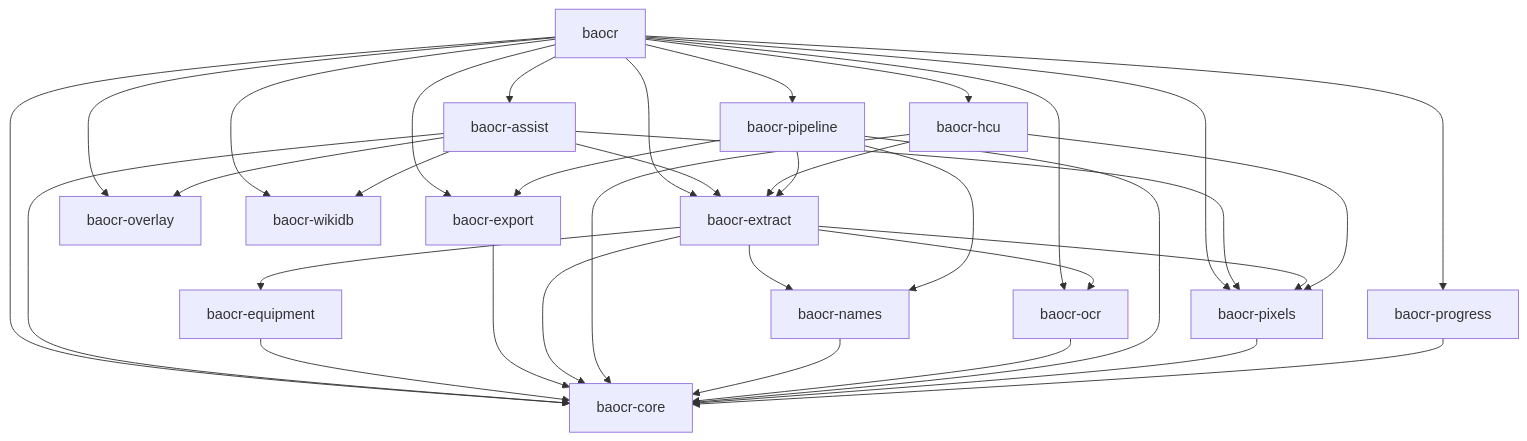
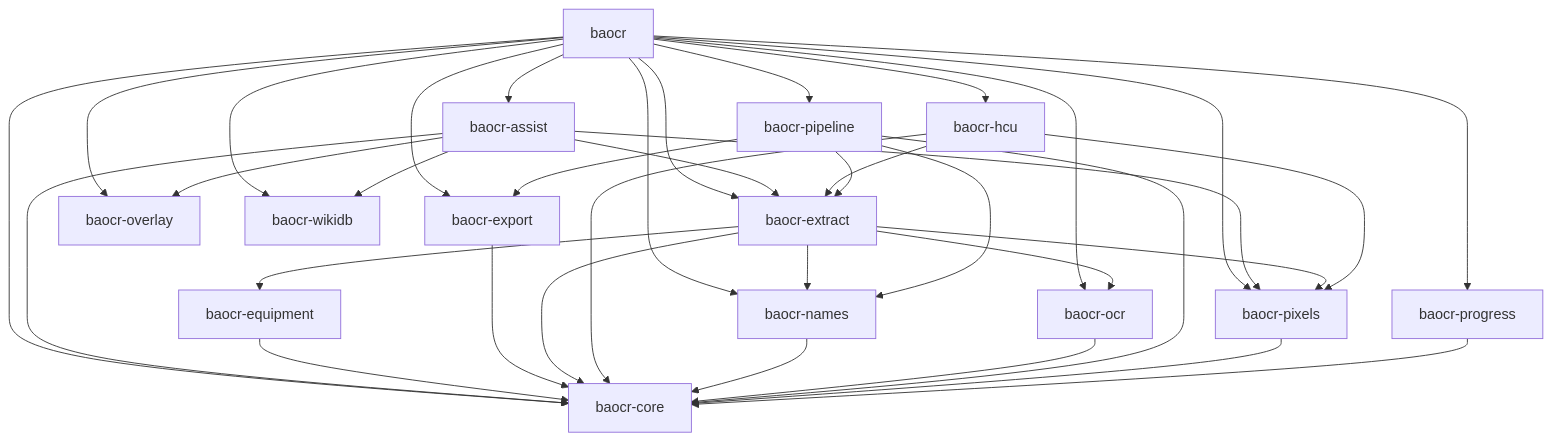
The diagram in docs/diagrams/crates.mmd (whyjp/ba_key_amas), drawn with Mermaid before and after one commit. The commit also changed 2 other files, not shown here.

Commit message:
docs: regenerate the crate diagram (check_docs failed on main)
Claude-Session: https://claude.ai/code/session_01QdEar5JXLZ7VqvWHXmAZLs

```diff
--- a/docs/diagrams/crates.mmd
+++ b/docs/diagrams/crates.mmd
@@ -1,35 +1,36 @@
 graph TD
   baocr[baocr] --> baocr_assist[baocr-assist]
   baocr[baocr] --> baocr_core[baocr-core]
   baocr[baocr] --> baocr_export[baocr-export]
   baocr[baocr] --> baocr_extract[baocr-extract]
   baocr[baocr] --> baocr_hcu[baocr-hcu]
+  baocr[baocr] --> baocr_names[baocr-names]
   baocr[baocr] --> baocr_ocr[baocr-ocr]
   baocr[baocr] --> baocr_overlay[baocr-overlay]
   baocr[baocr] --> baocr_pipeline[baocr-pipeline]
   baocr[baocr] --> baocr_pixels[baocr-pixels]
   baocr[baocr] --> baocr_progress[baocr-progress]
   baocr[baocr] --> baocr_wikidb[baocr-wikidb]
   baocr_assist[baocr-assist] --> baocr_core[baocr-core]
   baocr_assist[baocr-assist] --> baocr_extract[baocr-extract]
   baocr_assist[baocr-assist] --> baocr_overlay[baocr-overlay]
   baocr_assist[baocr-assist] --> baocr_pixels[baocr-pixels]
   baocr_assist[baocr-assist] --> baocr_wikidb[baocr-wikidb]
   baocr_equipment[baocr-equipment] --> baocr_core[baocr-core]
   baocr_export[baocr-export] --> baocr_core[baocr-core]
   baocr_extract[baocr-extract] --> baocr_core[baocr-core]
   baocr_extract[baocr-extract] --> baocr_equipment[baocr-equipment]
   baocr_extract[baocr-extract] --> baocr_names[baocr-names]
   baocr_extract[baocr-extract] --> baocr_ocr[baocr-ocr]
   baocr_extract[baocr-extract] --> baocr_pixels[baocr-pixels]
   baocr_hcu[baocr-hcu] --> baocr_core[baocr-core]
   baocr_hcu[baocr-hcu] --> baocr_extract[baocr-extract]
   baocr_hcu[baocr-hcu] --> baocr_pixels[baocr-pixels]
   baocr_names[baocr-names] --> baocr_core[baocr-core]
   baocr_ocr[baocr-ocr] --> baocr_core[baocr-core]
   baocr_pipeline[baocr-pipeline] --> baocr_core[baocr-core]
   baocr_pipeline[baocr-pipeline] --> baocr_export[baocr-export]
   baocr_pipeline[baocr-pipeline] --> baocr_extract[baocr-extract]
   baocr_pipeline[baocr-pipeline] --> baocr_names[baocr-names]
   baocr_pixels[baocr-pixels] --> baocr_core[baocr-core]
   baocr_progress[baocr-progress] --> baocr_core[baocr-core]
```
